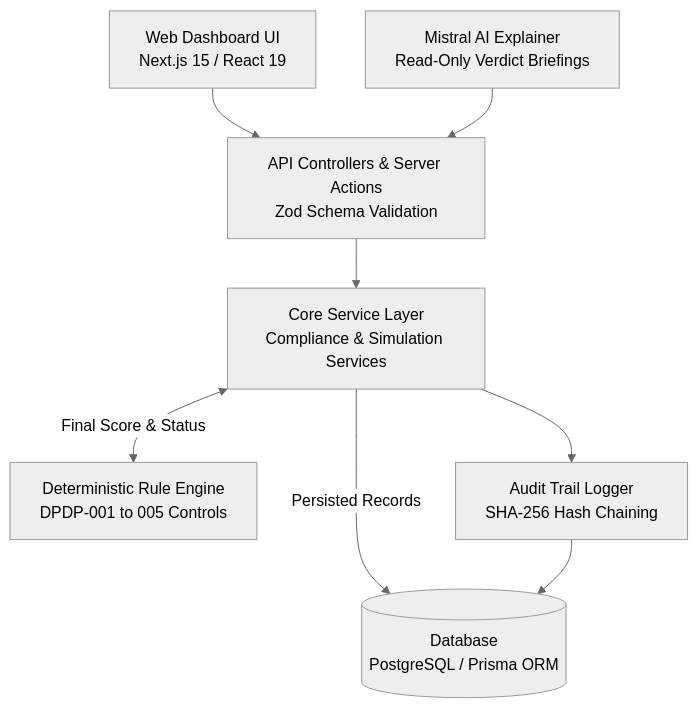
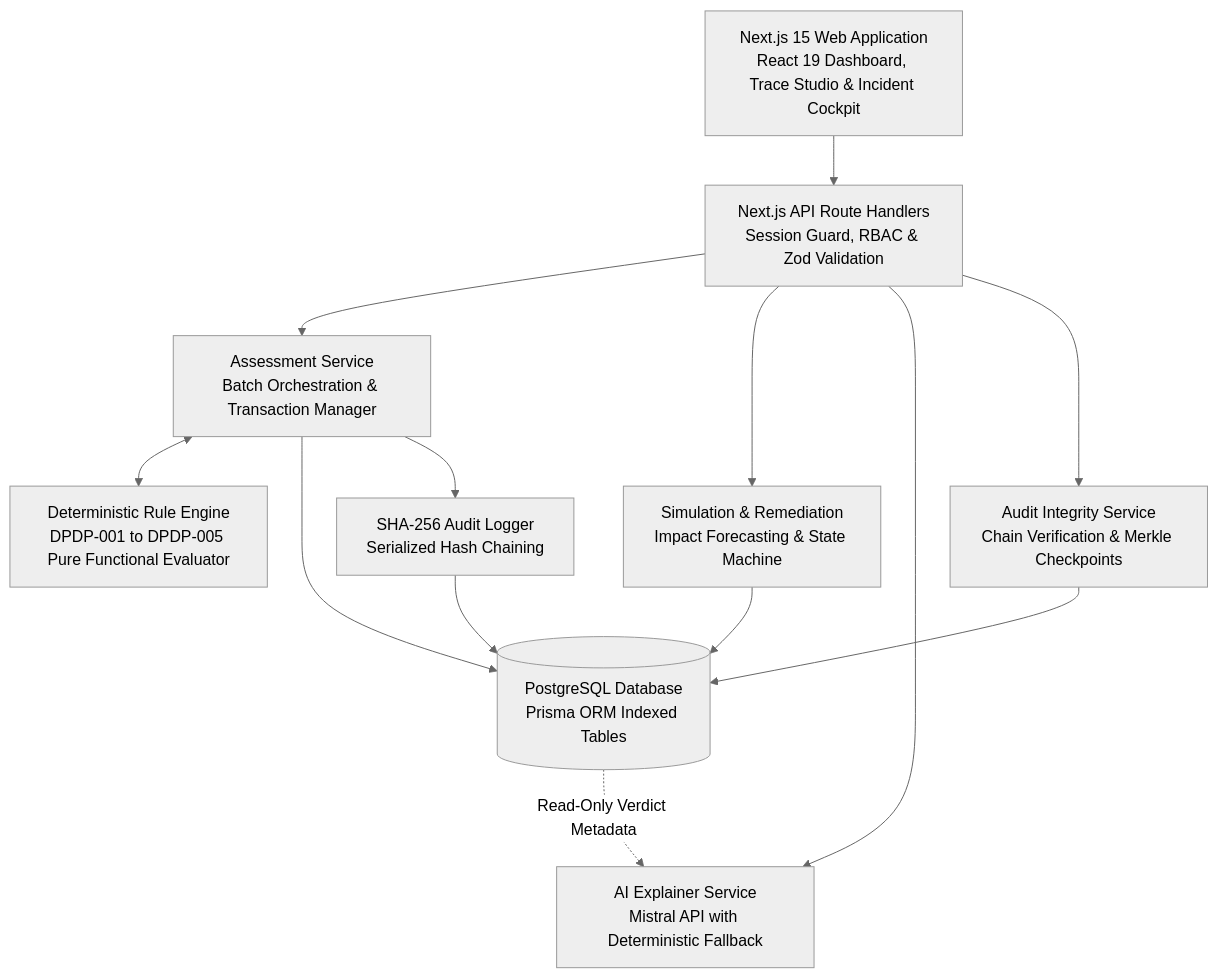
One commit to VedantVH/SalesForce changed the first of 2 diagrams in README.md. Above: the diagram before and after it, drawn with Mermaid (neutral theme). The commit also changed other lines of this file, not shown here.

Commit message:
docs: align architecture strictly with codebase structure and remove contributors section

````diff
--- a/README.md
+++ b/README.md
@@ -53,13 +53,20 @@
 ```mermaid
 flowchart TD
-    UI[Web Dashboard UI<br>Next.js 15 / React 19] --> Controller[API Controllers & Server Actions<br>Zod Schema Validation]
-    AI[Mistral AI Explainer<br>Read-Only Verdict Briefings] --> Controller
+    UI[Next.js 15 Web Application<br>React 19 Dashboard, Trace Studio & Incident Cockpit] --> API[Next.js API Route Handlers<br>Session Guard, RBAC & Zod Validation]
+    
+    API --> Assess[Assessment Service<br>Batch Orchestration & Transaction Manager]
+    API --> Sim[Simulation & Remediation<br>Impact Forecasting & State Machine]
+    API --> AI[AI Explainer Service<br>Mistral API with Deterministic Fallback]
+    API --> AuditServ[Audit Integrity Service<br>Chain Verification & Merkle Checkpoints]
 
-    Controller --> Service[Core Service Layer<br>Compliance & Simulation Services]
-
-    Service <-->|Final Score & Status| Engine[Deterministic Rule Engine<br>DPDP-001 to 005 Controls]
-    Service --> Audit[Audit Trail Logger<br>SHA-256 Hash Chaining]
-
-    Service -->|Persisted Records| DB[(Database<br>PostgreSQL / Prisma ORM)]
-    Audit --> DB
+    Assess <--> Engine[Deterministic Rule Engine<br>DPDP-001 to DPDP-005 Pure Functional Evaluator]
+    
+    Assess --> DB[(PostgreSQL Database<br>Prisma ORM Indexed Tables)]
+    Sim --> DB
+    AuditServ --> DB
+    
+    Assess --> AuditLog[SHA-256 Audit Logger<br>Serialized Hash Chaining]
+    AuditLog --> DB
+    
+    DB -.->|Read-Only Verdict Metadata| AI
 ```
````
